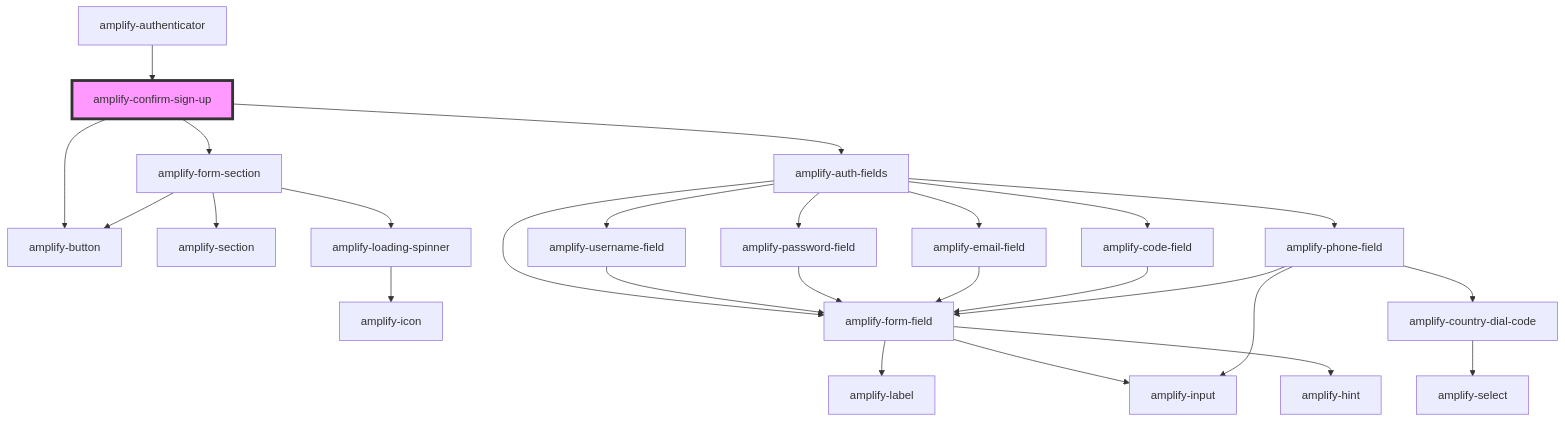
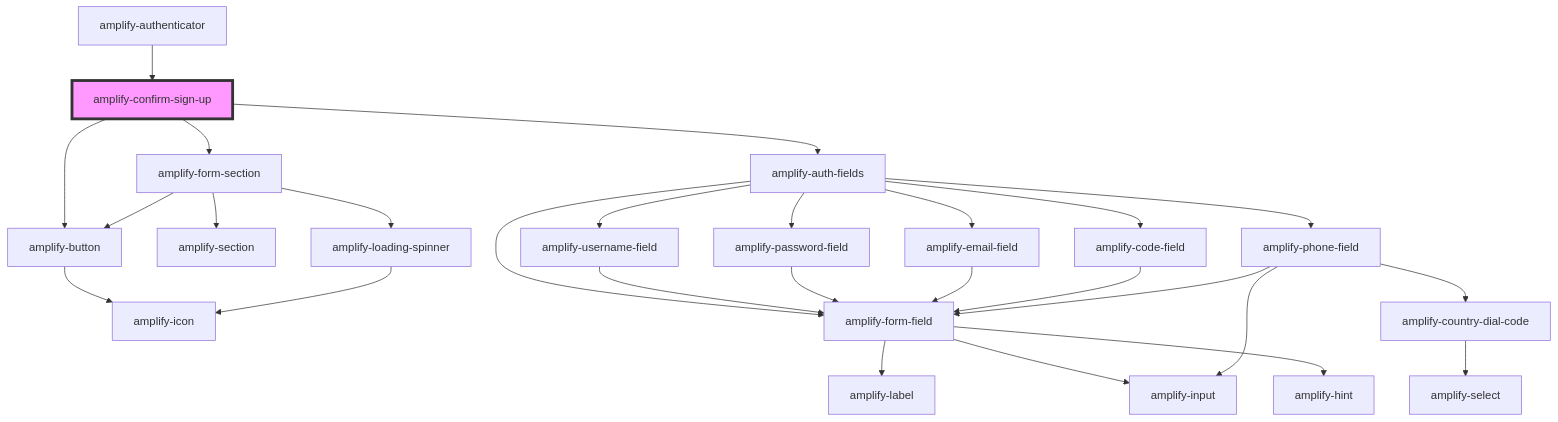
Before and after one commit to OneDev0411/amplify-js: the diagram in packages/amplify-ui-components/src/components/amplify-confirm-sign-up/readme.md, drawn with Mermaid. The commit also changed 56 other files, not shown here.

````diff
--- a/packages/amplify-ui-components/src/components/amplify-confirm-sign-up/readme.md
+++ b/packages/amplify-ui-components/src/components/amplify-confirm-sign-up/readme.md
@@ -32,29 +32,30 @@
 ```mermaid
 graph TD;
   amplify-confirm-sign-up --> amplify-button
   amplify-confirm-sign-up --> amplify-form-section
   amplify-confirm-sign-up --> amplify-auth-fields
+  amplify-button --> amplify-icon
   amplify-form-section --> amplify-section
   amplify-form-section --> amplify-button
   amplify-form-section --> amplify-loading-spinner
   amplify-loading-spinner --> amplify-icon
   amplify-auth-fields --> amplify-username-field
   amplify-auth-fields --> amplify-password-field
   amplify-auth-fields --> amplify-email-field
   amplify-auth-fields --> amplify-code-field
   amplify-auth-fields --> amplify-phone-field
   amplify-auth-fields --> amplify-form-field
   amplify-username-field --> amplify-form-field
   amplify-form-field --> amplify-label
   amplify-form-field --> amplify-input
   amplify-form-field --> amplify-hint
   amplify-password-field --> amplify-form-field
   amplify-email-field --> amplify-form-field
   amplify-code-field --> amplify-form-field
   amplify-phone-field --> amplify-form-field
   amplify-phone-field --> amplify-country-dial-code
   amplify-phone-field --> amplify-input
   amplify-country-dial-code --> amplify-select
   amplify-authenticator --> amplify-confirm-sign-up
   style amplify-confirm-sign-up fill:#f9f,stroke:#333,stroke-width:4px
 ```
````
